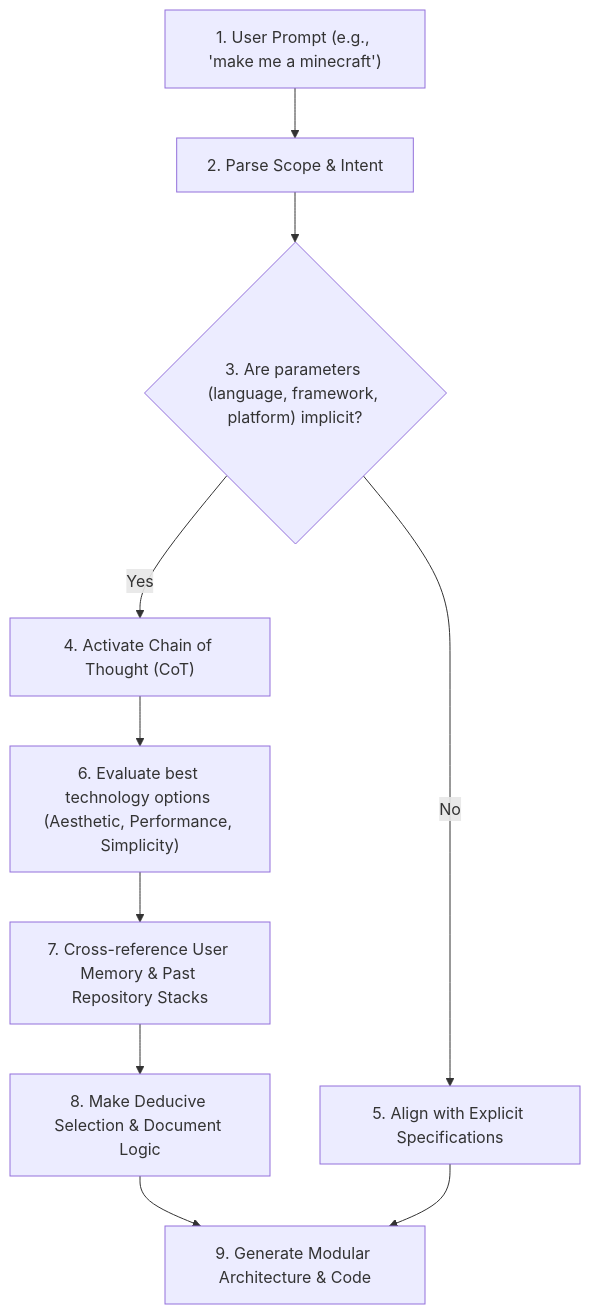
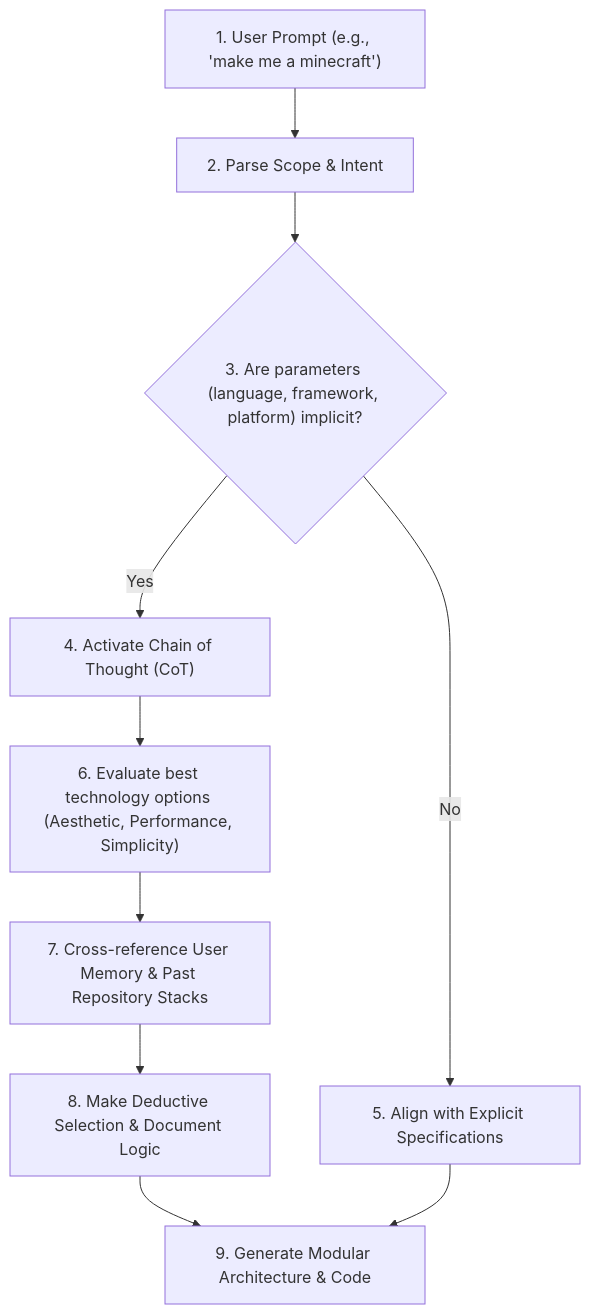
The diagram in skill/munch/references/context_disambiguation.md (WyvernCW/MunchsPlugin), drawn with Mermaid before and after one commit. The commit also changed other lines of this file and 6 other files, not shown here.

````diff
--- a/skill/munch/references/context_disambiguation.md
+++ b/skill/munch/references/context_disambiguation.md
@@ -10,15 +24,15 @@
 ```mermaid
 graph TD
   Prompt["1. User Prompt (e.g., 'make me a minecraft')"] --> Analyze["2. Parse Scope & Intent"]
   Analyze --> CheckImplicit{"3. Are parameters (language, framework, platform) implicit?"}
   
   CheckImplicit -->|Yes| CoTReasoning["4. Activate Chain of Thought (CoT)"]
   CheckImplicit -->|No| MatchSpecs["5. Align with Explicit Specifications"]
   
   CoTReasoning --> EvalStack["6. Evaluate best technology options (Aesthetic, Performance, Simplicity)"]
   EvalStack --> QueryHistory["7. Cross-reference User Memory & Past Repository Stacks"]
-  QueryHistory --> ChooseStack["8. Make Deducive Selection & Document Logic"]
+  QueryHistory --> ChooseStack["8. Make Deductive Selection & Document Logic"]
   
   ChooseStack --> DraftCode["9. Generate Modular Architecture & Code"]
   MatchSpecs --> DraftCode
 ```
````
